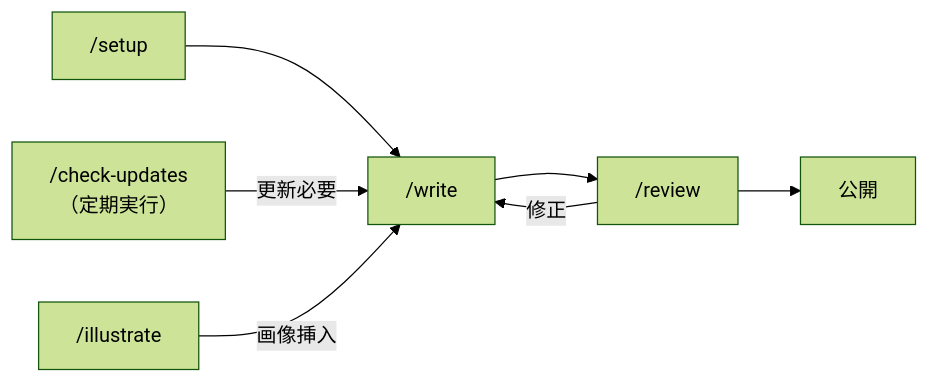
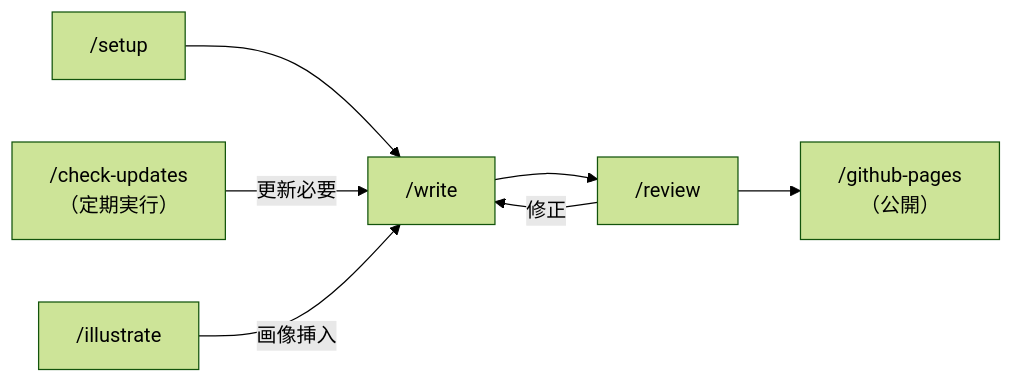
The fourth of 4 diagrams in README.md (yotaro0616/curriculum-writer), drawn with Mermaid (forest theme) before and after one commit. The commit also changed other lines of this file and 18 other files, not shown here.

````diff
--- a/README.md
+++ b/README.md
@@ -155,9 +168,9 @@
 ```mermaid
 flowchart LR
     setup["/setup"] --> write["/write"]
     write --> review["/review"]
     review -->|修正| write
-    review --> publish["公開"]
+    review --> publish["/github-pages\n（公開）"]
     check["/check-updates\n（定期実行）"] -->|更新必要| write
     illustrate["/illustrate"] -->|画像挿入| write
 ```
````
